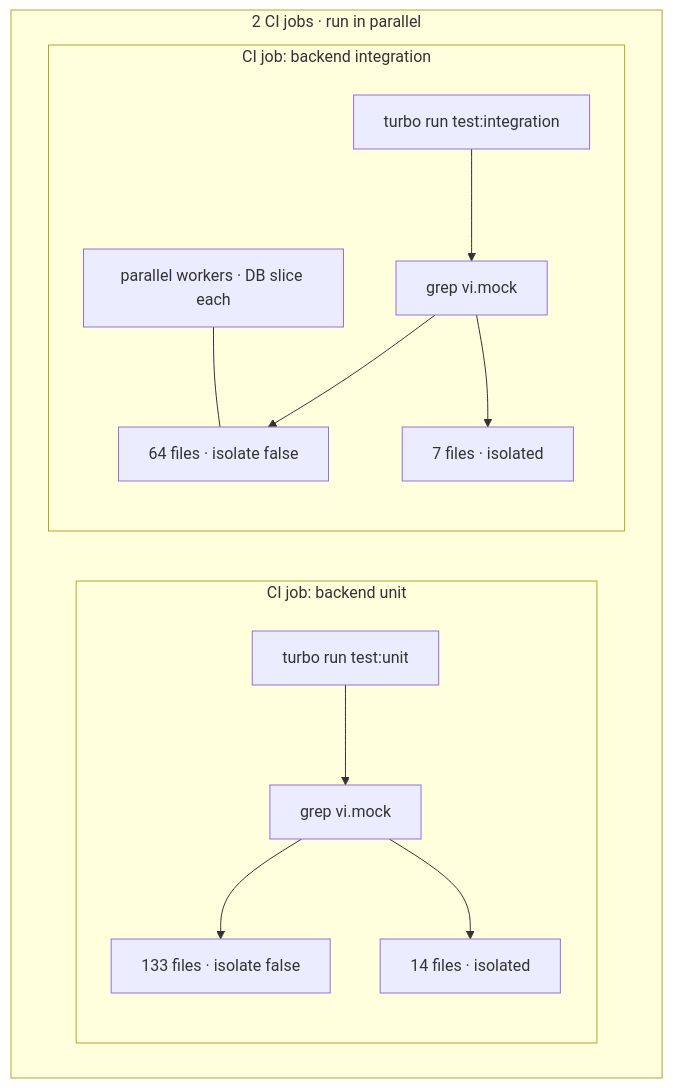
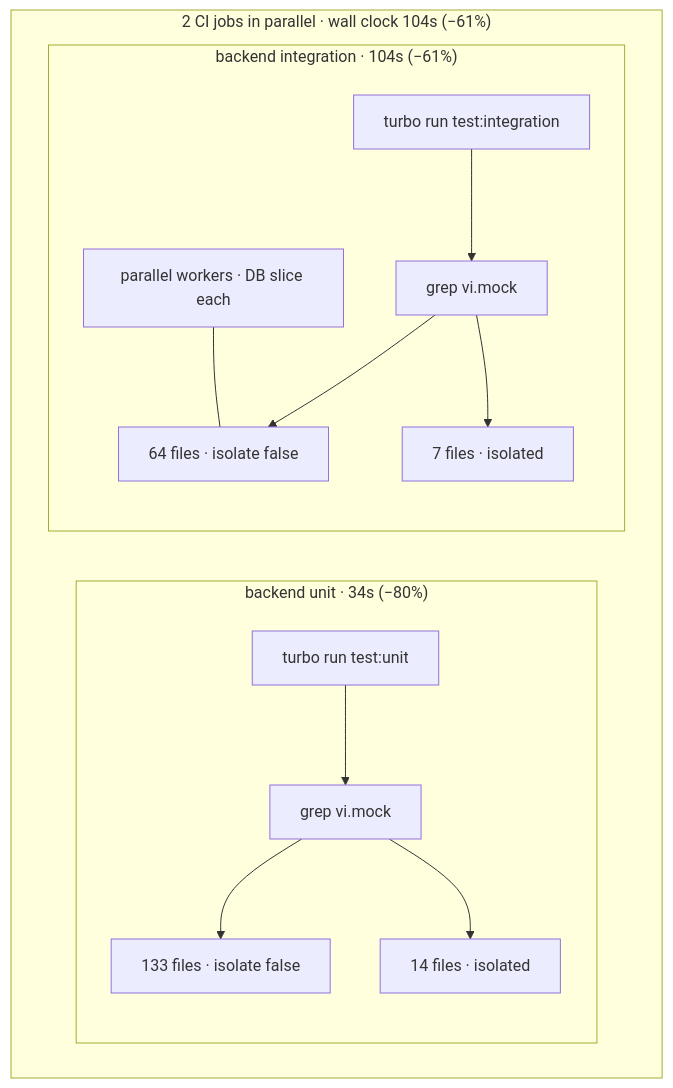
The second of 2 diagrams in docs/blog-speeding-up-vitest-tests.md (opengovsg/plumber), drawn with Mermaid before and after one commit. The commit also changed other lines of this file, not shown here.

Commit message:
docs: add Vitest durations to before/after diagrams

````diff
--- a/docs/blog-speeding-up-vitest-tests.md
+++ b/docs/blog-speeding-up-vitest-tests.md
@@ -70,28 +70,28 @@
 ```mermaid
 flowchart TB
-  subgraph ci ["2 CI jobs · run in parallel"]
+  subgraph ci ["2 CI jobs in parallel · wall clock 104s (−61%)"]
     direction LR
 
-    subgraph job_unit ["CI job: backend unit"]
+    subgraph job_unit ["backend unit · 34s (−80%)"]
       direction TB
       T1["turbo run test:unit"]
       GU["grep vi.mock"]
       U1["133 files · isolate false"]
       U2["14 files · isolated"]
       T1 --> GU --> U1
       GU --> U2
     end
 
-    subgraph job_int ["CI job: backend integration"]
+    subgraph job_int ["backend integration · 104s (−61%)"]
       direction TB
       T2["turbo run test:integration"]
       GI["grep vi.mock"]
       I1["64 files · isolate false"]
       I2["7 files · isolated"]
       W["parallel workers · DB slice each"]
       T2 --> GI --> I1
       GI --> I2
       W --- I1
     end
   end
 ```
````
